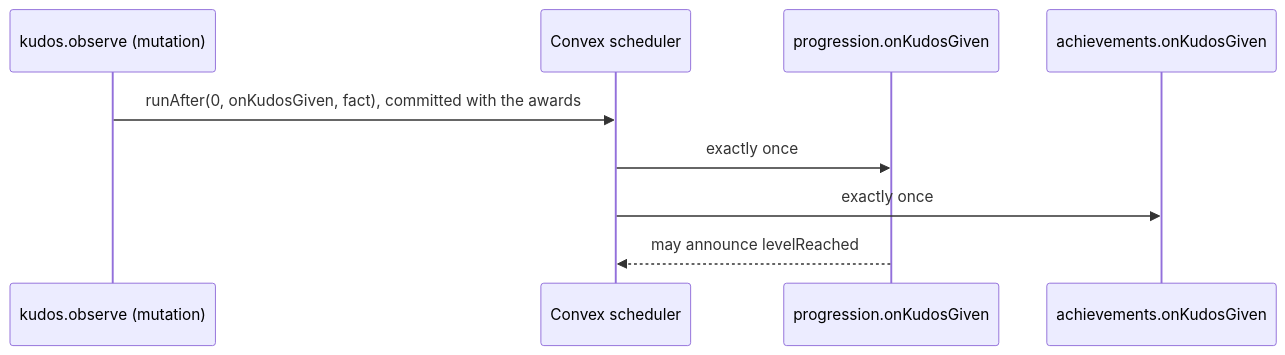
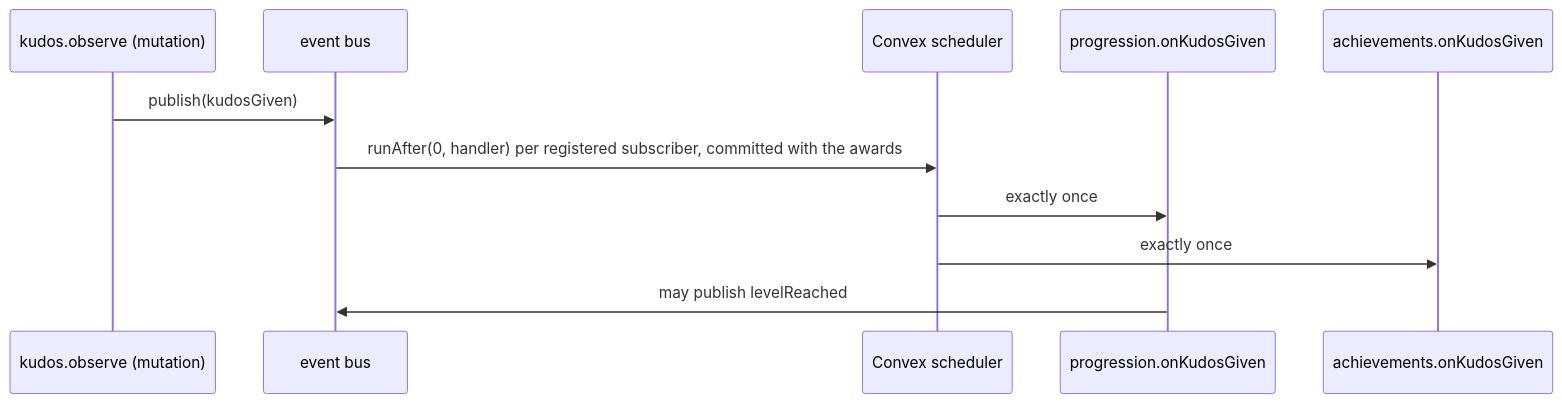
One commit to Silthus/kudos changed the fifth of 5 diagrams in prototype/architecture.md. Above: the diagram before and after it, drawn with Mermaid. The commit also changed other lines of this file and 7 other files, not shown here.

First line of the commit message:
Make the prototype event-driven with a hookable kudos parser (#11 round 1)

````diff
--- a/prototype/architecture.md
+++ b/prototype/architecture.md
@@ -231,11 +298,13 @@
 ```mermaid
 sequenceDiagram
   participant K as kudos.observe (mutation)
+  participant B as event bus
   participant Q as Convex scheduler
   participant G as progression.onKudosGiven
   participant C as achievements.onKudosGiven
-  K->>Q: runAfter(0, onKudosGiven, fact), committed with the awards
+  K->>B: publish(kudosGiven)
+  B->>Q: runAfter(0, handler) per registered subscriber, committed with the awards
   Q->>G: exactly once
   Q->>C: exactly once
-  G-->>Q: may announce levelReached
+  G->>B: may publish levelReached
 ```
````
